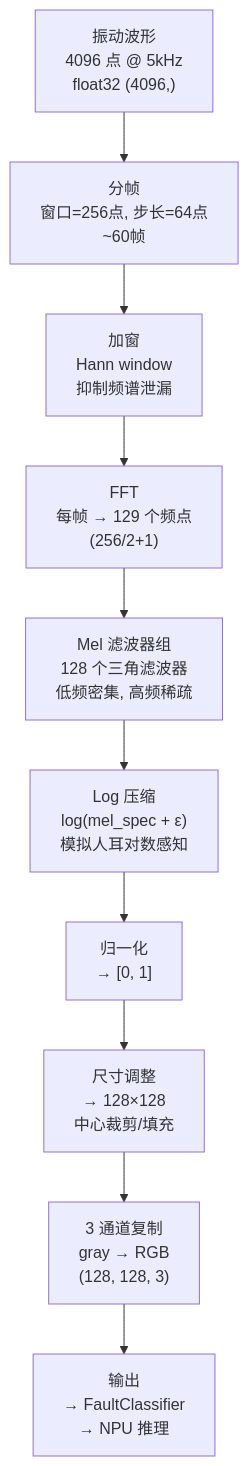
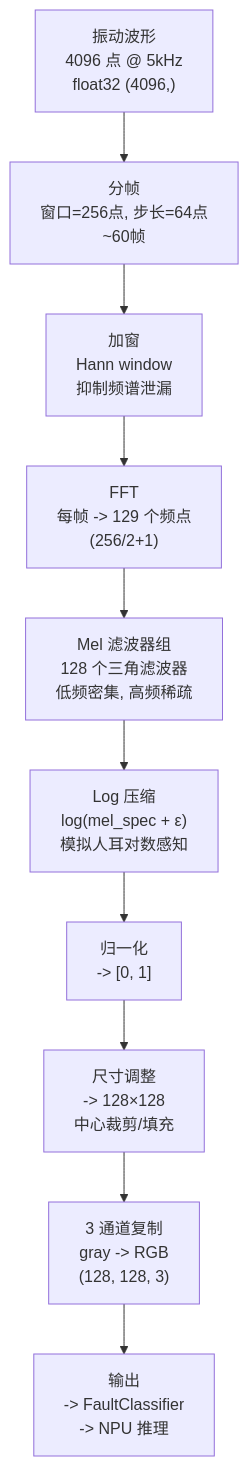
The third of 7 diagrams in src/experiment/case5.md (zhouxzh/Ascend310), drawn with Mermaid before and after one commit. The commit also changed other lines of this file and 51 other files, not shown here.

````diff
--- a/src/experiment/case5.md
+++ b/src/experiment/case5.md
@@ -206,12 +206,12 @@
 ```mermaid
 flowchart TD
     WAVEFORM["振动波形\n4096 点 @ 5kHz\nfloat32 (4096,)"] --> FRAME["分帧\n窗口=256点, 步长=64点\n~60帧"]
     FRAME --> WINDOW["加窗\nHann window\n抑制频谱泄漏"]
-    WINDOW --> FFT["FFT\n每帧 → 129 个频点\n(256/2+1)"]
+    WINDOW --> FFT["FFT\n每帧 -> 129 个频点\n(256/2+1)"]
     FFT --> MEL["Mel 滤波器组\n128 个三角滤波器\n低频密集, 高频稀疏"]
     MEL --> LOG["Log 压缩\nlog(mel_spec + ε)\n模拟人耳对数感知"]
-    LOG --> NORM["归一化\n→ [0, 1]"]
-    NORM --> RESIZE["尺寸调整\n→ 128×128\n中心裁剪/填充"]
-    RESIZE --> CH3["3 通道复制\ngray → RGB\n(128, 128, 3)"]
-    CH3 --> OUTPUT["输出\n→ FaultClassifier\n→ NPU 推理"]
+    LOG --> NORM["归一化\n-> [0, 1]"]
+    NORM --> RESIZE["尺寸调整\n-> 128×128\n中心裁剪/填充"]
+    RESIZE --> CH3["3 通道复制\ngray -> RGB\n(128, 128, 3)"]
+    CH3 --> OUTPUT["输出\n-> FaultClassifier\n-> NPU 推理"]
 ```
````
